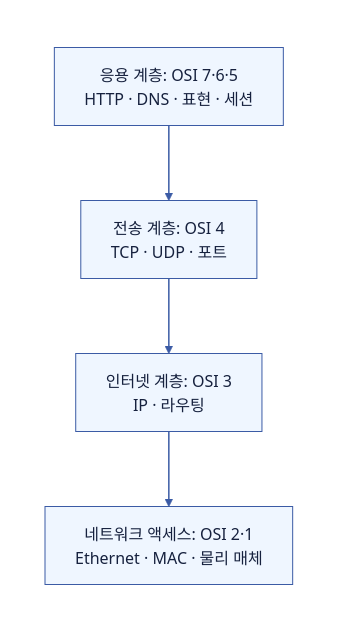
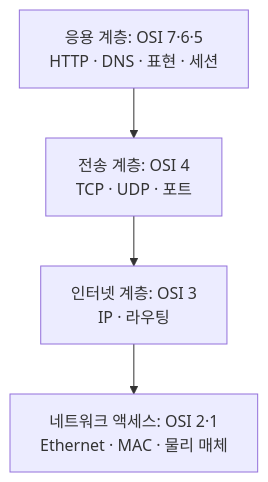
Before and after one commit to Hyune-s-lab/my-ai-study: the first of 5 diagrams in computer-science/2607-network-fundamentals.md, drawn with Mermaid. The commit also changed other lines of this file and 49 other files, not shown here.

Commit message:
docs: 단순 다이어그램은 Mermaid로, 복잡한 배치는 SVG로 정리

````diff
--- a/computer-science/2607-network-fundamentals.md
+++ b/computer-science/2607-network-fundamentals.md
@@ -16,19 +16,11 @@
 ```mermaid
-flowchart TD
-%%{init: {"theme": "base", "darkMode": false, "themeVariables": {"background": "#ffffff", "primaryColor": "#EFF6FF", "primaryTextColor": "#16213E", "primaryBorderColor": "#3B5BA5", "secondaryColor": "#F0FDF4", "tertiaryColor": "#FAF5FF", "lineColor": "#3B5BA5", "textColor": "#16213E", "edgeLabelBackground": "#ffffff", "clusterBkg": "#F8FAFC", "clusterBorder": "#CBD5E1"}}}%%
-  subgraph canvas[" "]
-    direction TD
-    app["응용 계층: OSI 7·6·5<br/>HTTP · DNS · 표현 · 세션"]
-    transport["전송 계층: OSI 4<br/>TCP · UDP · 포트"]
-    internet["인터넷 계층: OSI 3<br/>IP · 라우팅"]
-    access["네트워크 액세스: OSI 2·1<br/>Ethernet · MAC · 물리 매체"]
-    app --> transport --> internet --> access
-  end
-  style canvas fill:#ffffff,stroke:#ffffff,color:#111827
-  linkStyle default stroke:#3B5BA5,stroke-width:1.5px
-  classDef app fill:#EFF6FF,stroke:#3B5BA5,stroke-width:1px,color:#16213E
-  class app,transport,internet,access app
-  classDef db fill:#F0FDF4,stroke:#3F8E55,stroke-width:1px,color:#16213E
-  classDef policy fill:#FAF5FF,stroke:#A855F7,stroke-width:1px,color:#16213E
-  classDef worker fill:#FFF7ED,stroke:#C98A2B,stroke-width:1px,color:#16213E
+flowchart TB
+%%{init: {"flowchart": {"curve": "stepAfter", "wrappingWidth": 400}}}%%
+  n_app["응용 계층: OSI 7·6·5<br/>HTTP · DNS · 표현 · 세션"]
+  n_transport["전송 계층: OSI 4<br/>TCP · UDP · 포트"]
+  n_internet["인터넷 계층: OSI 3<br/>IP · 라우팅"]
+  n_access["네트워크 액세스: OSI 2·1<br/>Ethernet · MAC · 물리 매체"]
+  n_app --> n_transport
+  n_transport --> n_internet
+  n_internet --> n_access
 ```
````
